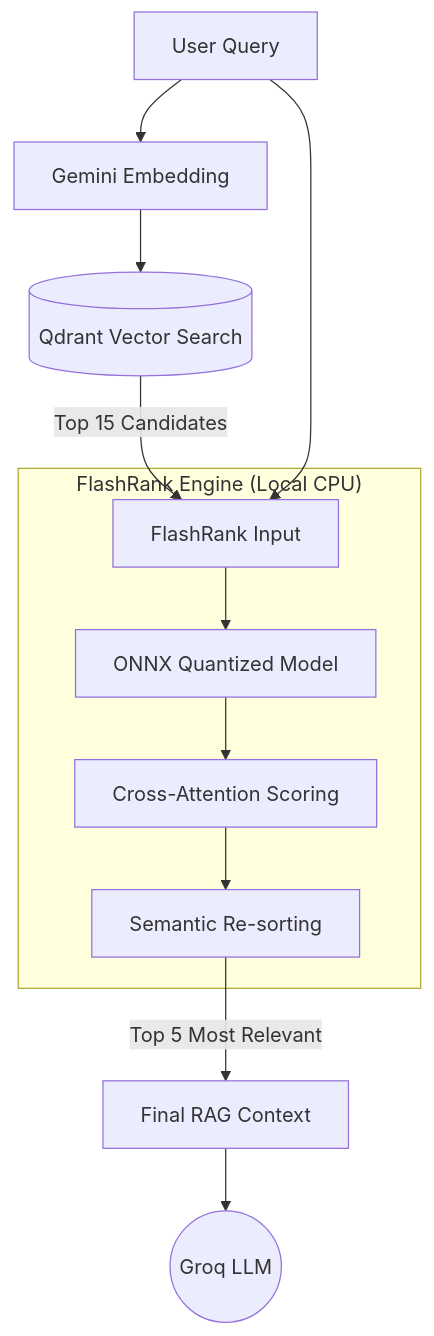
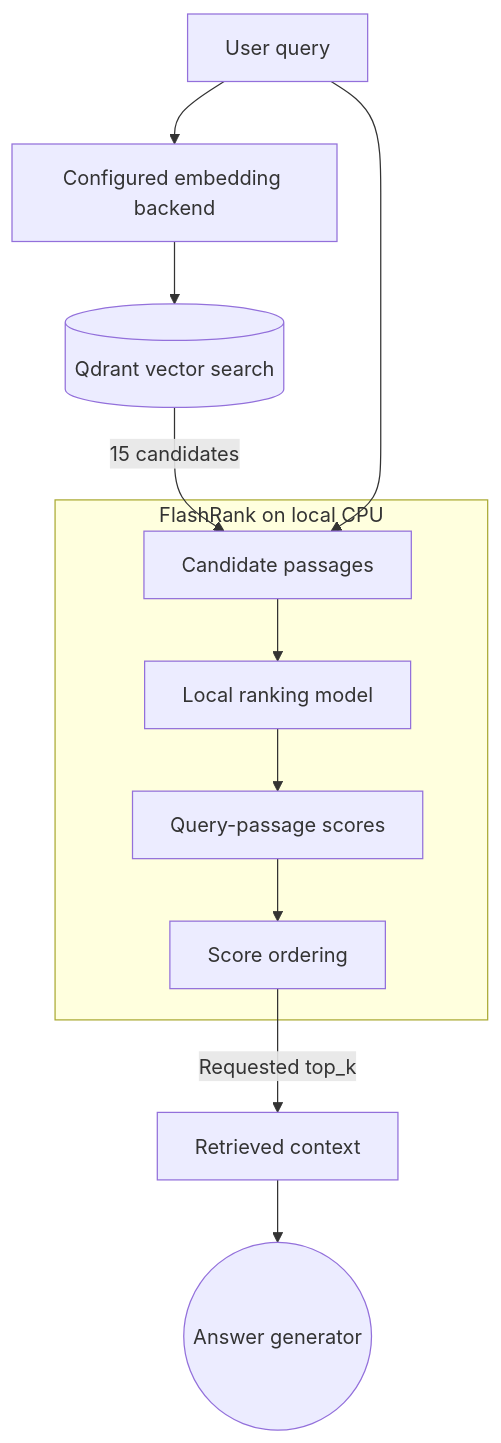
One commit to DemonJ01/ContextForge-RAG changed the diagram in docs/document_reranking.md. Above: the diagram before and after it, drawn with Mermaid. The commit also changed other lines of this file and 25 other files, not shown here.

````diff
--- a/docs/document_reranking.md
+++ b/docs/document_reranking.md
@@ -27,16 +13,14 @@
 ```mermaid
 graph TD
-    Query[User Query] --> Embed[Gemini Embedding]
-    Embed --> Qdrant[(Qdrant Vector Search)]
-    Qdrant -->|Top 15 Candidates| FR_Input[FlashRank Input]
+    Query[User query] --> Embed[Configured embedding backend]
+    Embed --> Qdrant[(Qdrant vector search)]
+    Qdrant -->|15 candidates| FR_Input[Candidate passages]
     Query --> FR_Input
-    
-    subgraph "FlashRank Engine (Local CPU)"
-        FR_Input --> ONNX[ONNX Quantized Model]
-        ONNX --> Scoring[Cross-Attention Scoring]
-        Scoring --> Reorder[Semantic Re-sorting]
+    subgraph "FlashRank on local CPU"
+        FR_Input --> Model[Local ranking model]
+        Model --> Scoring[Query-passage scores]
+        Scoring --> Reorder[Score ordering]
     end
-    
-    Reorder -->|Top 5 Most Relevant| Final_Context[Final RAG Context]
-    Final_Context --> LLM((Groq LLM))
+    Reorder -->|Requested top_k| Final_Context[Retrieved context]
+    Final_Context --> LLM((Answer generator))
 ```
````
